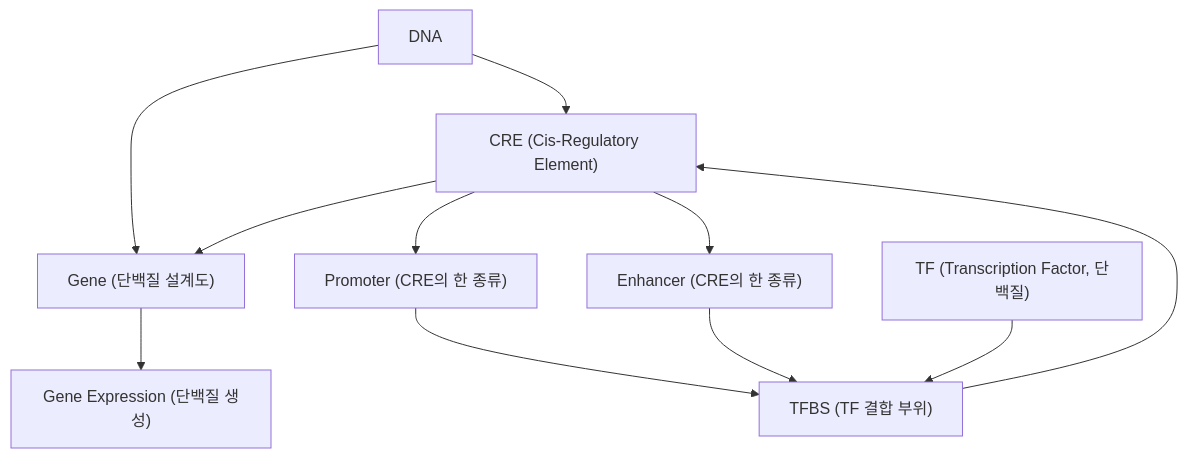
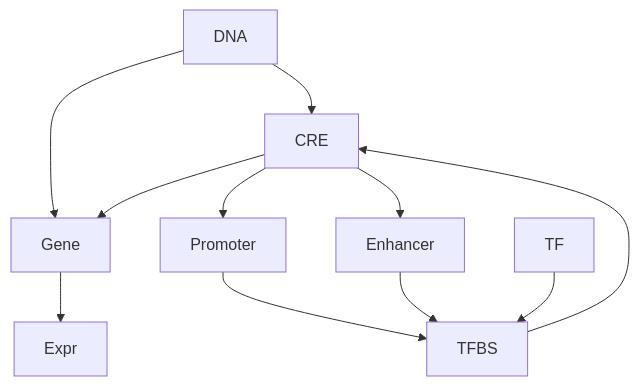
Before and after one commit to Yongsik-Lee/marl: the diagram in _posts/2025-04-28-20205266.md, drawn with Mermaid.

```diff
--- a/_posts/2025-04-28-20205266.md
+++ b/_posts/2025-04-28-20205266.md
@@ -79,22 +79,13 @@
 {% mermaid %}
 flowchart TD
-    DNA["DNA"]
-    Gene["Gene (단백질 설계도)"]
-    CRE["CRE (Cis-Regulatory Element)"]
-    Promoter["Promoter (CRE의 한 종류)"]
-    Enhancer["Enhancer (CRE의 한 종류)"]
-    TFBS["TFBS (TF 결합 부위)"]
-    TF["TF (Transcription Factor, 단백질)"]
-    Expr["Gene Expression (단백질 생성)"]
-
     DNA --> Gene
     DNA --> CRE
     CRE --> Promoter
     CRE --> Enhancer
     Promoter --> TFBS
     Enhancer --> TFBS
     TF --> TFBS
     TFBS --> CRE
     CRE --> Gene
     Gene --> Expr
 {% endmermaid %}
```
